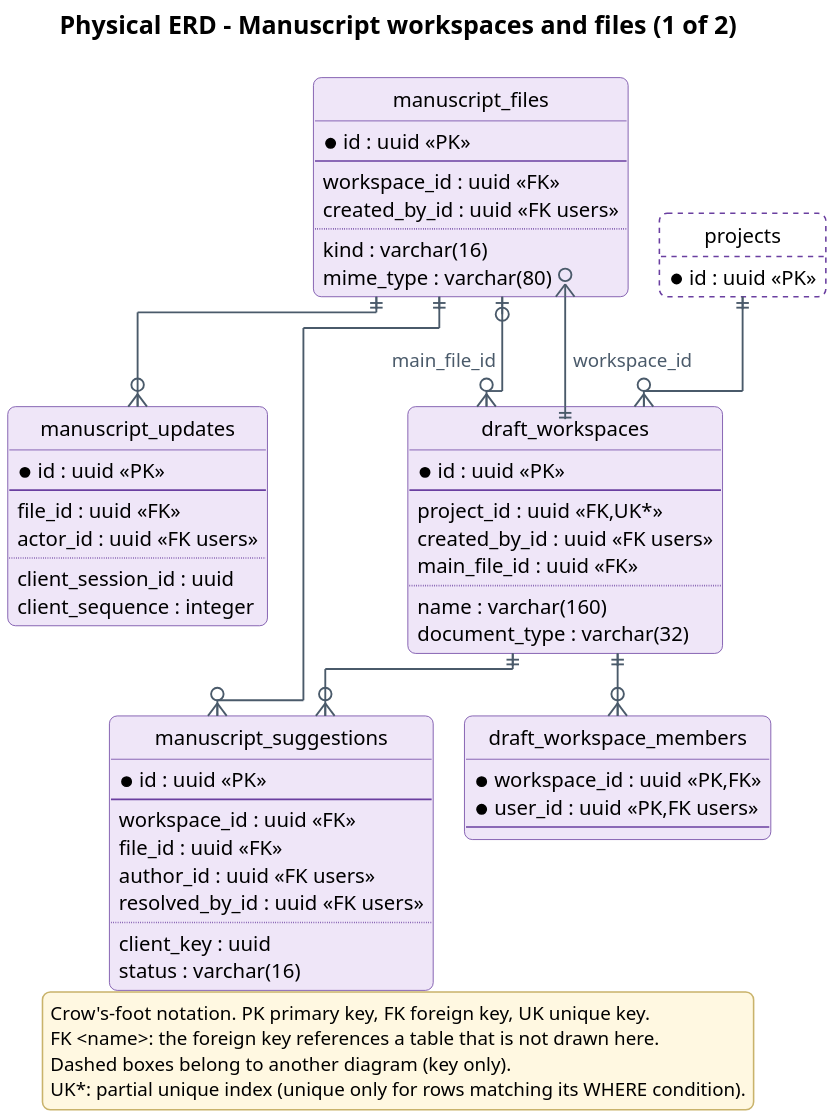
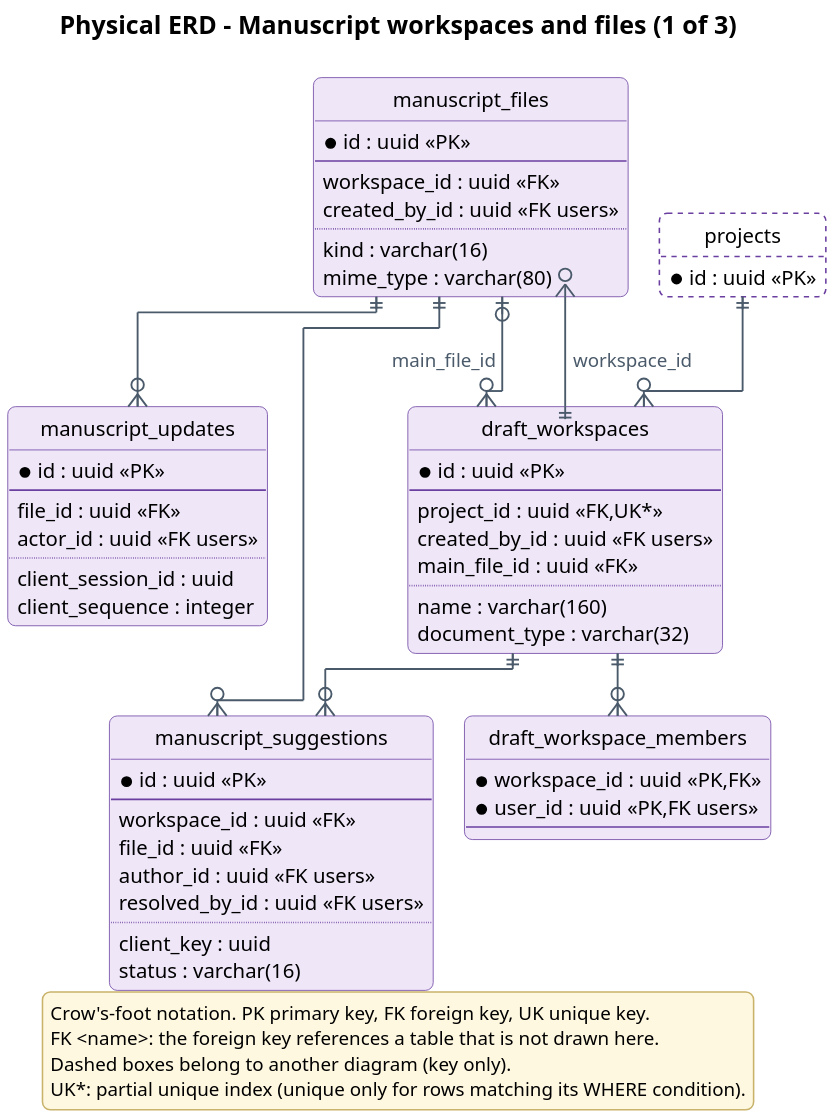
Before and after one commit to Khoa-Hoa-Technology-Solution-Company/lumi-gap: the diagram in docs/diagrams/report4/R4_ERD_manuscript_a.puml, drawn with PlantUML. The commit also changed 202 other files, not shown here.

First line of the commit message:
docs: relayout report diagrams with orthogonal hand-placed layouts

```diff
--- a/docs/diagrams/report4/R4_ERD_manuscript_a.puml
+++ b/docs/diagrams/report4/R4_ERD_manuscript_a.puml
@@ -1,88 +1,88 @@
 @startuml
 !pragma layout elk
 skinparam dpi 200
 skinparam defaultFontName "Segoe UI"
 skinparam defaultFontSize 13
 skinparam shadowing false
 skinparam roundCorner 10
 skinparam backgroundColor #FFFFFF
 skinparam ArrowColor #4A5A6A
 skinparam ArrowThickness 1.2
 skinparam ArrowFontSize 12
 skinparam ArrowFontColor #4A5A6A
 skinparam TitleFontSize 16
 skinparam TitleFontStyle bold
 skinparam entity {
   BackgroundColor #EFE6F8
   BorderColor #6A3FA0
 }
 skinparam legend {
   BackgroundColor #FFF8E1
   BorderColor #C9B36B
   FontSize 12
 }
 skinparam stereotypeFontSize 10
 hide circle
 hide empty methods
-title Physical ERD - Manuscript workspaces and files (1 of 2)
+title Physical ERD - Manuscript workspaces and files (1 of 3)
 entity draft_workspaces #EFE6F8;line:6A3FA0 {
   * id : uuid <<PK>>
   --
   project_id : uuid <<FK,UK*>>
   created_by_id : uuid <<FK users>>
   main_file_id : uuid <<FK>>
   ..
   name : varchar(160)
   document_type : varchar(32)
 }
 entity draft_workspace_members #EFE6F8;line:6A3FA0 {
   * workspace_id : uuid <<PK,FK>>
   * user_id : uuid <<PK,FK users>>
   --
 }
 entity manuscript_files #EFE6F8;line:6A3FA0 {
   * id : uuid <<PK>>
   --
   workspace_id : uuid <<FK>>
   created_by_id : uuid <<FK users>>
   ..
   kind : varchar(16)
   mime_type : varchar(80)
 }
 entity manuscript_updates #EFE6F8;line:6A3FA0 {
   * id : uuid <<PK>>
   --
   file_id : uuid <<FK>>
   actor_id : uuid <<FK users>>
   ..
   client_session_id : uuid
   client_sequence : integer
 }
 entity manuscript_suggestions #EFE6F8;line:6A3FA0 {
   * id : uuid <<PK>>
   --
   workspace_id : uuid <<FK>>
   file_id : uuid <<FK>>
   author_id : uuid <<FK users>>
   resolved_by_id : uuid <<FK users>>
   ..
   client_key : uuid
   status : varchar(16)
 }
 entity projects #FFFFFF;line:6A3FA0;line.dashed {
   * id : uuid <<PK>>
 }
 draft_workspaces ||--o{ draft_workspace_members
 draft_workspaces ||--o{ manuscript_files : workspace_id
 draft_workspaces ||--o{ manuscript_suggestions
 manuscript_files |o--o{ draft_workspaces : main_file_id
 manuscript_files ||--o{ manuscript_suggestions
 manuscript_files ||--o{ manuscript_updates
 projects ||--o{ draft_workspaces
 legend bottom
 Crow's-foot notation. PK primary key, FK foreign key, UK unique key.
 FK <name>: the foreign key references a table that is not drawn here.
 Dashed boxes belong to another diagram (key only).
 UK*: partial unique index (unique only for rows matching its WHERE condition).
 endlegend
 @enduml
```
